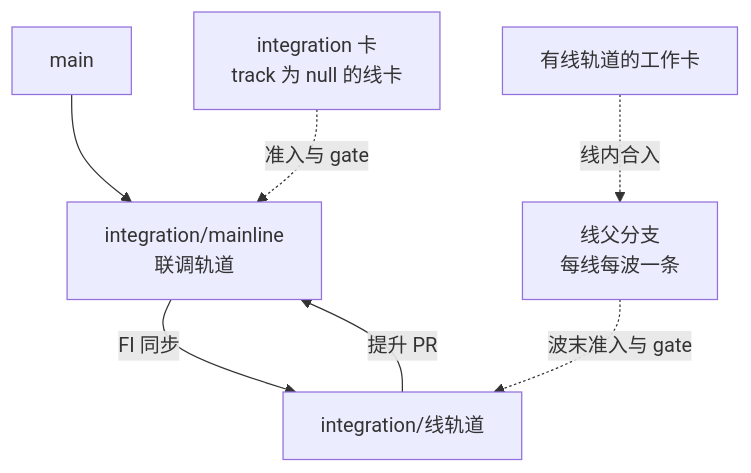
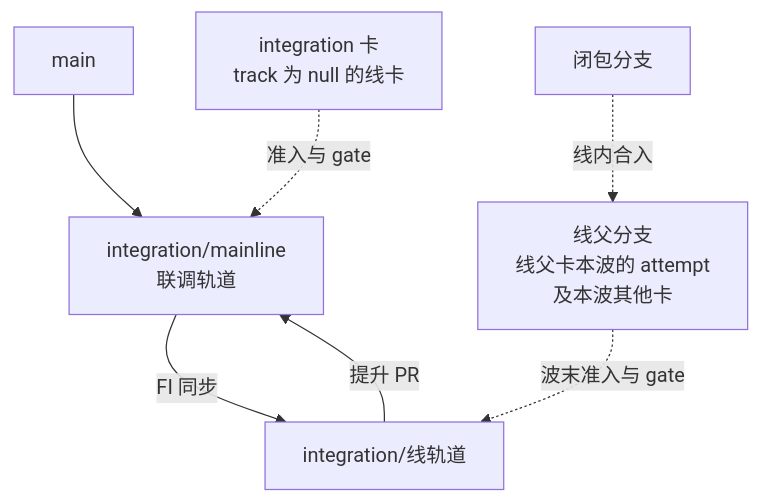
Before and after one commit to nemori-ai/omne-harness-lite: the first of 2 diagrams in docs/engineering/integration.md, drawn with Mermaid. The commit also changed other lines of this file and 24 other files, not shown here.

````diff
--- a/docs/engineering/integration.md
+++ b/docs/engineering/integration.md
@@ -66,9 +66,9 @@
 ```mermaid
 flowchart TD
   main["main"] --> LR["integration/mainline<br/>联调轨道"]
   LR -->|"FI 同步"| B1["integration/线轨道"]
   B1 -->|"提升 PR"| LR
-  CL["有线轨道的工作卡"] -. "线内合入" .-> P["线父分支<br/>每线每波一条"]
+  CL["闭包分支"] -. "线内合入" .-> P["线父分支<br/>线父卡本波的 attempt<br/>及本波其他卡"]
   P -. "波末准入与 gate" .-> B1
   CI["integration 卡<br/>track 为 null 的线卡"] -. "准入与 gate" .-> LR
 ```
````
